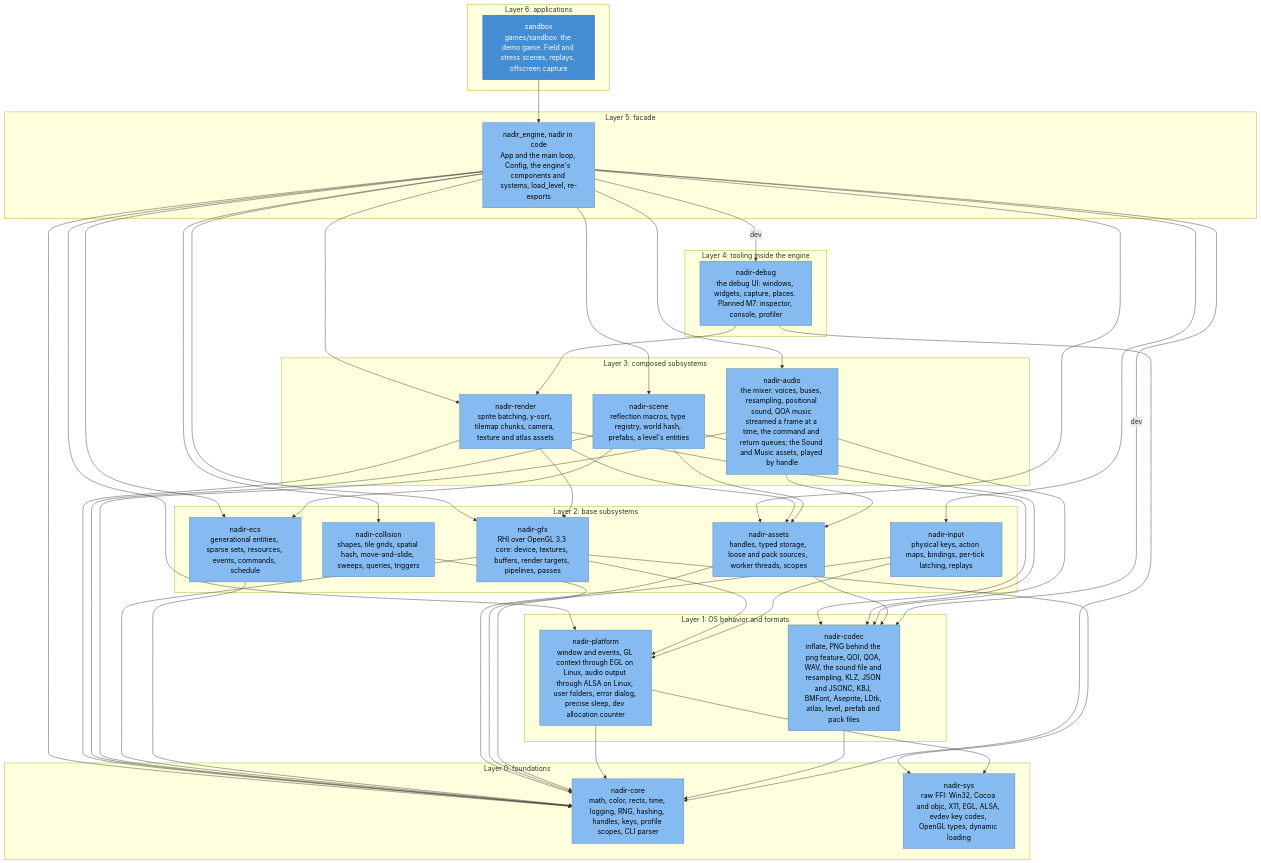
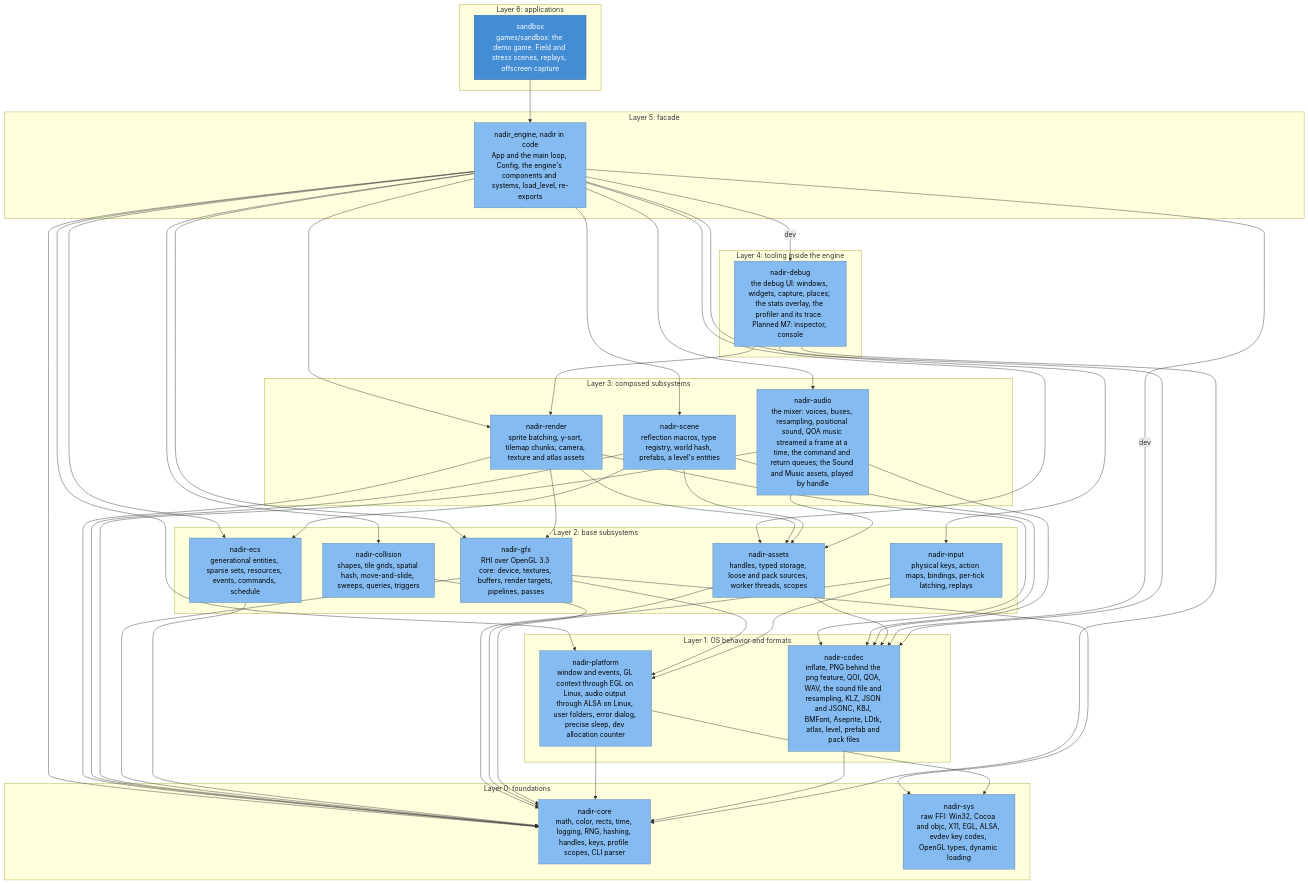
One commit to jabbott-iii/Nadir changed the third of 5 diagrams in diagrams/c4-architecture.md. Above: the diagram before and after it, drawn with Mermaid. The commit also changed other lines of this file and 25 other files, not shown here.

First line of the commit message:
M7.3 debug and facade: the stats overlay and the profiler

````diff
--- a/diagrams/c4-architecture.md
+++ b/diagrams/c4-architecture.md
@@ -155,77 +155,78 @@
 ```mermaid
 flowchart TB
     subgraph L6["Layer 6: applications"]
         n_sandbox["sandbox<br/>games/sandbox: the demo game. Field and stress scenes, replays, offscreen capture"]
     end
     subgraph L5["Layer 5: facade"]
         n_engine["nadir_engine, nadir in code<br/>App and the main loop, Config, the engine's components and systems, load_level, re-exports"]
     end
     subgraph L4["Layer 4: tooling inside the engine"]
-        n_debug["nadir-debug<br/>the debug UI: windows, widgets, capture, places. Planned M7: inspector, console, profiler"]
+        n_debug["nadir-debug<br/>the debug UI: windows, widgets, capture, places; the stats overlay, the profiler and its trace. Planned M7: inspector, console"]
     end
     subgraph L3["Layer 3: composed subsystems"]
         n_render["nadir-render<br/>sprite batching, y-sort, tilemap chunks, camera, texture and atlas assets"]
         n_scene["nadir-scene<br/>reflection macros, type registry, world hash, prefabs, a level's entities"]
         n_audio["nadir-audio<br/>the mixer: voices, buses, resampling, positional sound, QOA music streamed a frame at a time, the command and return queues; the Sound and Music assets, played by handle"]
     end
     subgraph L2["Layer 2: base subsystems"]
         n_gfx["nadir-gfx<br/>RHI over OpenGL 3.3 core: device, textures, buffers, render targets, pipelines, passes"]
         n_ecs["nadir-ecs<br/>generational entities, sparse sets, resources, events, commands, schedule"]
         n_assets["nadir-assets<br/>handles, typed storage, loose and pack sources, worker threads, scopes"]
         n_input["nadir-input<br/>physical keys, action maps, bindings, per-tick latching, replays"]
         n_collision["nadir-collision<br/>shapes, tile grids, spatial hash, move-and-slide, sweeps, queries, triggers"]
     end
     subgraph L1["Layer 1: OS behavior and formats"]
         n_platform["nadir-platform<br/>window and events, GL context through EGL on Linux, audio output through ALSA on Linux, user folders, error dialog, precise sleep, dev allocation counter"]
         n_codec["nadir-codec<br/>inflate, PNG behind the png feature, QOI, QOA, WAV, the sound file and resampling, KLZ, JSON and JSONC, KBJ, BMFont, Aseprite, LDtk, atlas, level, prefab and pack files"]
     end
     subgraph L0["Layer 0: foundations"]
         n_core["nadir-core<br/>math, color, rects, time, logging, RNG, hashing, handles, keys, profile scopes, CLI parser"]
         n_sys["nadir-sys<br/>raw FFI: Win32, Cocoa and objc, X11, EGL, ALSA, evdev key codes, OpenGL types, dynamic loading"]
     end
 
     n_sandbox --> n_engine
     n_engine --> n_assets
     n_engine --> n_audio
     n_engine --> n_collision
     n_engine --> n_core
     n_engine --> n_ecs
     n_engine --> n_gfx
     n_engine --> n_input
     n_engine --> n_platform
     n_engine --> n_render
     n_engine --> n_scene
     n_render --> n_assets
     n_render --> n_codec
     n_render --> n_core
     n_render --> n_gfx
     n_scene --> n_assets
     n_scene --> n_codec
     n_scene --> n_core
     n_scene --> n_ecs
     n_audio --> n_assets
     n_audio --> n_codec
     n_audio --> n_core
     n_gfx --> n_core
     n_gfx --> n_platform
     n_gfx --> n_sys
     n_ecs --> n_core
     n_assets --> n_codec
     n_assets --> n_core
     n_input --> n_core
     n_input --> n_platform
     n_collision --> n_core
     n_platform --> n_core
     n_platform --> n_sys
     n_codec --> n_core
     n_engine -->|"dev"| n_debug
     n_engine -->|"dev"| n_codec
     n_debug --> n_core
+    n_debug --> n_codec
     n_debug --> n_render
 
     classDef container fill:#438dd5,stroke:#2e6295,color:#ffffff
     classDef component fill:#85bbf0,stroke:#5d82a8,color:#000000
     classDef planned fill:#ffffff,stroke:#888888,stroke-dasharray: 5 5,color:#555555
     class n_sandbox container
     class n_engine,n_render,n_scene,n_audio,n_gfx,n_ecs,n_assets,n_input,n_collision,n_platform,n_codec,n_core,n_sys,n_debug component
 ```
````
